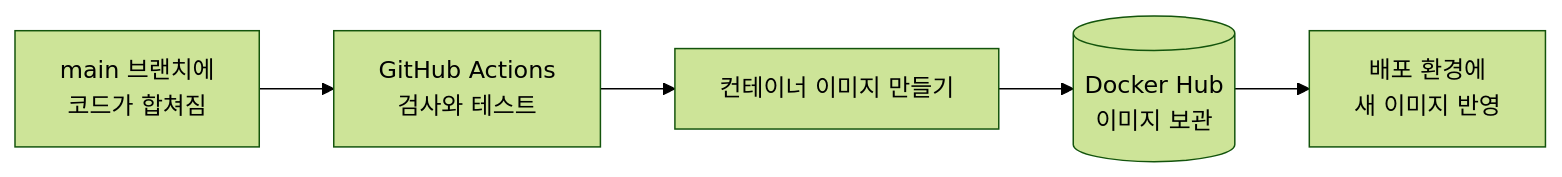
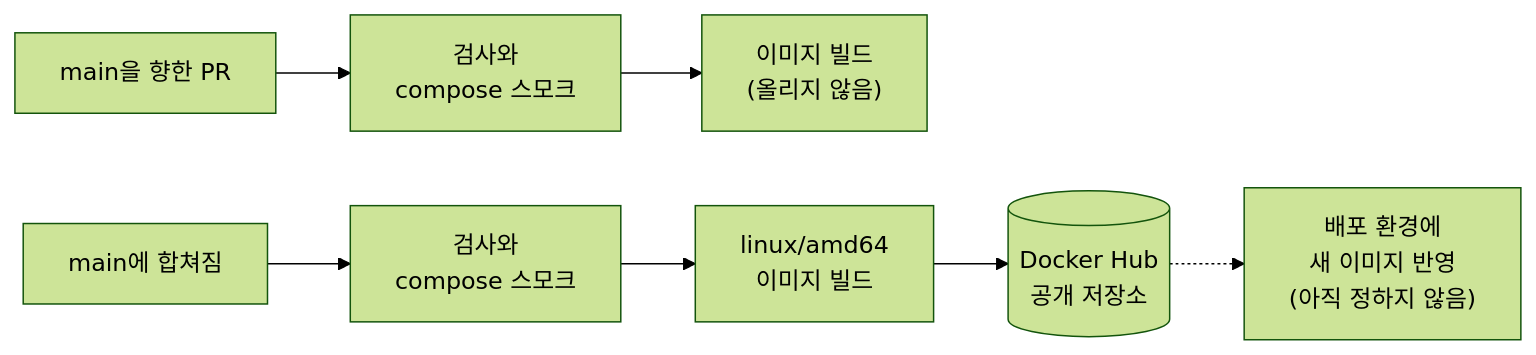
Before and after one commit to diegesis-labs/BE: the second of 2 diagrams in docs/INFRA.md, drawn with Mermaid (forest theme). The commit also changed other lines of this file and 8 other files, not shown here.

````diff
--- a/docs/INFRA.md
+++ b/docs/INFRA.md
@@ -111,7 +112,9 @@
 ```mermaid
 flowchart LR
-  PR["main 브랜치에<br/>코드가 합쳐짐"] --> CI["GitHub Actions<br/>검사와 테스트"]
-  CI --> IMG["컨테이너 이미지 만들기"]
-  IMG --> HUB[("Docker Hub<br/>이미지 보관")]
-  HUB --> DEP["배포 환경에<br/>새 이미지 반영"]
+  PR["main을 향한 PR"] --> C1["검사와<br/>compose 스모크"]
+  C1 --> B1["이미지 빌드<br/>(올리지 않음)"]
+  M["main에 합쳐짐"] --> C2["검사와<br/>compose 스모크"]
+  C2 --> B2["linux/amd64<br/>이미지 빌드"]
+  B2 --> HUB[("Docker Hub<br/>공개 저장소")]
+  HUB -.-> DEP["배포 환경에<br/>새 이미지 반영<br/>(아직 정하지 않음)"]
 ```
````
